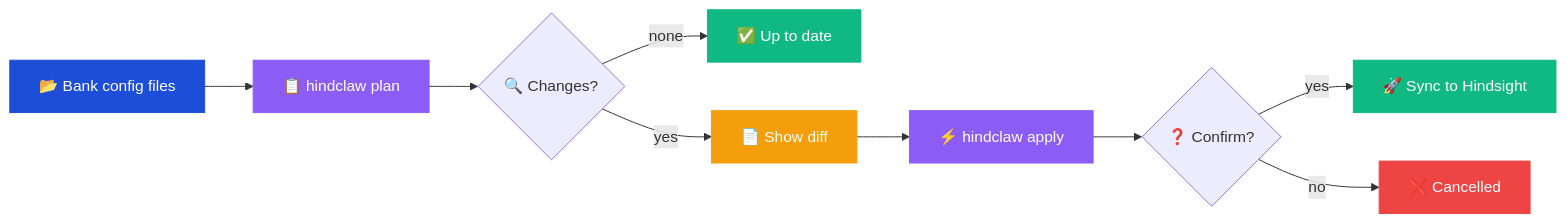
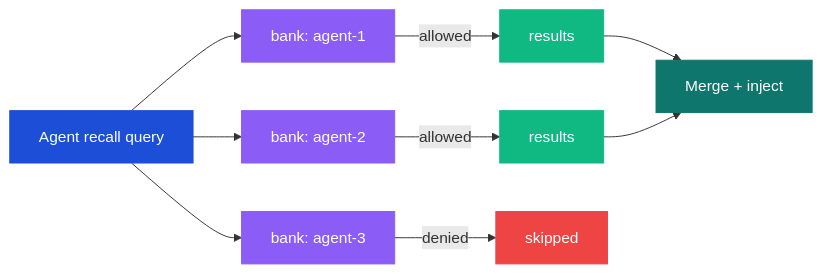
Before and after one commit to mrkhachaturov/hindclaw: the fifth of 7 diagrams in README.md, drawn with Mermaid. The commit also changed other lines of this file and 8 other files, not shown here.

First line of the commit message:
docs: update docs for server-side architecture and Terraform provider

````diff
--- a/README.md
+++ b/README.md
@@ -163,19 +320,20 @@
 ```mermaid
 graph LR
-    FILE["📂 Bank config files"] --> PLAN["📋 hindclaw plan"]
-    PLAN --> DIFF{"🔍 Changes?"}
-    DIFF -->|none| OK["✅ Up to date"]
-    DIFF -->|yes| SHOW["📄 Show diff"]
-    SHOW --> APPLY["⚡ hindclaw apply"]
-    APPLY --> CONFIRM{"❓ Confirm?"}
-    CONFIRM -->|yes| SYNC["🚀 Sync to Hindsight"]
-    CONFIRM -->|no| CANCEL["❌ Cancelled"]
+    Q["Agent recall query"] --> B1["bank: agent-1"]
+    Q --> B2["bank: agent-2"]
+    Q --> B3["bank: agent-3"]
+    B1 -->|allowed| R1["results"]
+    B2 -->|allowed| R2["results"]
+    B3 -->|denied| SKIP["skipped"]
+    R1 --> MERGE["Merge + inject"]
+    R2 --> MERGE
 
-    style FILE fill:#1d4ed8,color:#fff,stroke:#1d4ed8
-    style PLAN fill:#8b5cf6,color:#fff,stroke:#8b5cf6
-    style APPLY fill:#8b5cf6,color:#fff,stroke:#8b5cf6
-    style OK fill:#10b981,color:#fff,stroke:#10b981
-    style SHOW fill:#f59e0b,color:#fff,stroke:#f59e0b
-    style SYNC fill:#10b981,color:#fff,stroke:#10b981
-    style CANCEL fill:#ef4444,color:#fff,stroke:#ef4444
+    style Q fill:#1d4ed8,color:#fff,stroke:#1d4ed8
+    style B1 fill:#8b5cf6,color:#fff,stroke:#8b5cf6
+    style B2 fill:#8b5cf6,color:#fff,stroke:#8b5cf6
+    style B3 fill:#8b5cf6,color:#fff,stroke:#8b5cf6
+    style R1 fill:#10b981,color:#fff,stroke:#10b981
+    style R2 fill:#10b981,color:#fff,stroke:#10b981
+    style SKIP fill:#ef4444,color:#fff,stroke:#ef4444
+    style MERGE fill:#0f766e,color:#fff,stroke:#0f766e
 ```
````
